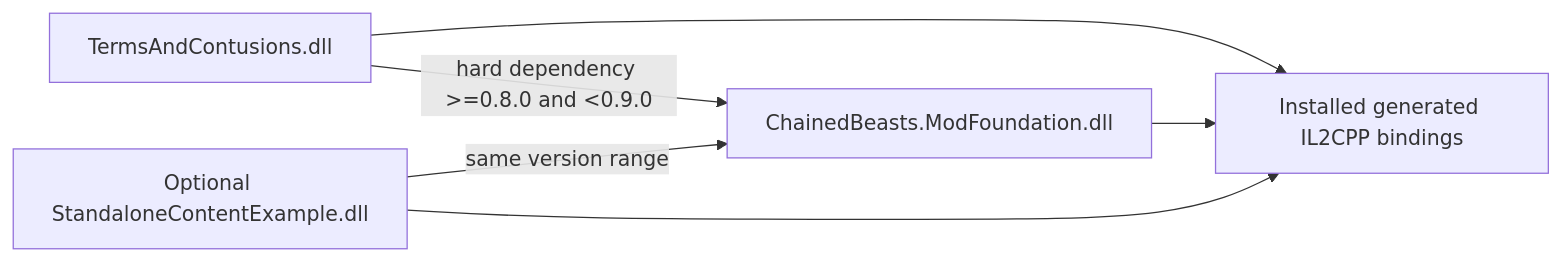
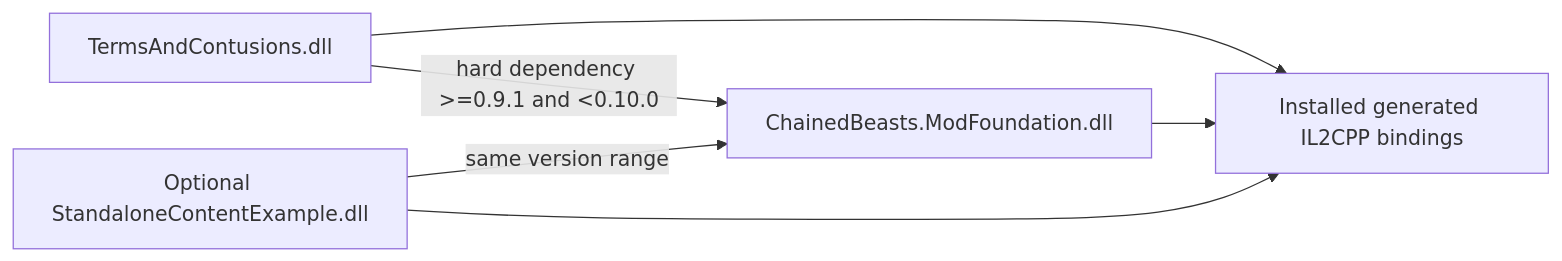
The diagram in docs/foundation/ARCHITECTURE.md (Krrrrrrk/chained-beasts-mod-foundation), drawn with Mermaid before and after one commit. The commit also changed other lines of this file and 50 other files, not shown here.

````diff
--- a/docs/foundation/ARCHITECTURE.md
+++ b/docs/foundation/ARCHITECTURE.md
@@ -5,8 +5,8 @@
 ```mermaid
 flowchart LR
-    Pack[TermsAndContusions.dll] -->|hard dependency >=0.8.0 and <0.9.0| Foundation[ChainedBeasts.ModFoundation.dll]
+    Pack[TermsAndContusions.dll] -->|hard dependency >=0.9.1 and <0.10.0| Foundation[ChainedBeasts.ModFoundation.dll]
     Example[Optional StandaloneContentExample.dll] -->|same version range| Foundation
     Pack --> Game[Installed generated IL2CPP bindings]
     Foundation --> Game
     Example --> Game
 ```
````
